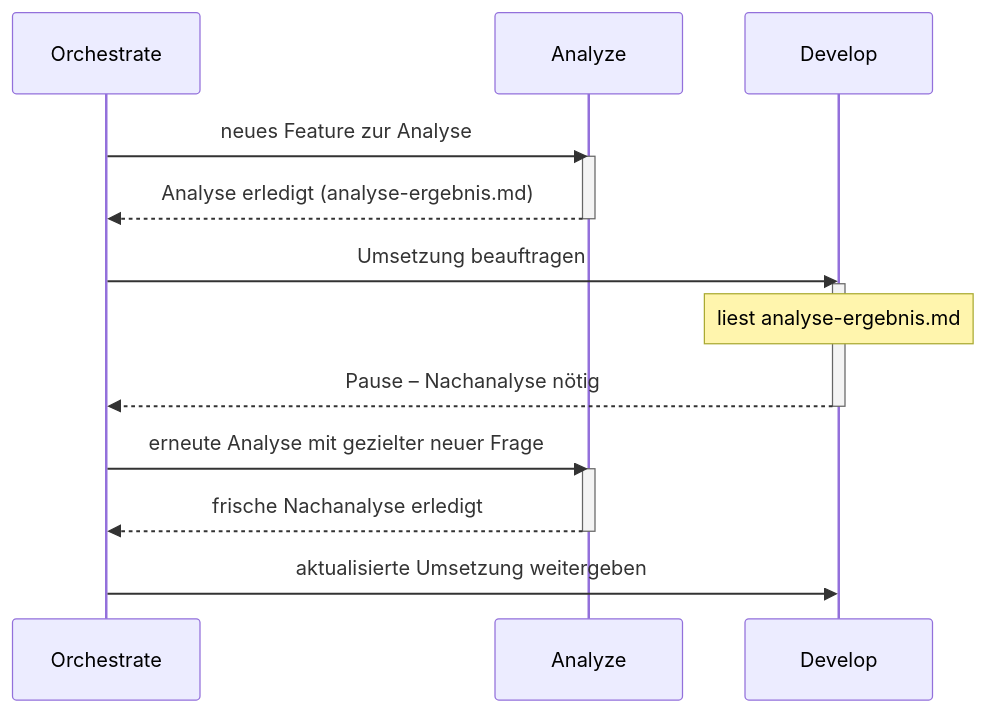
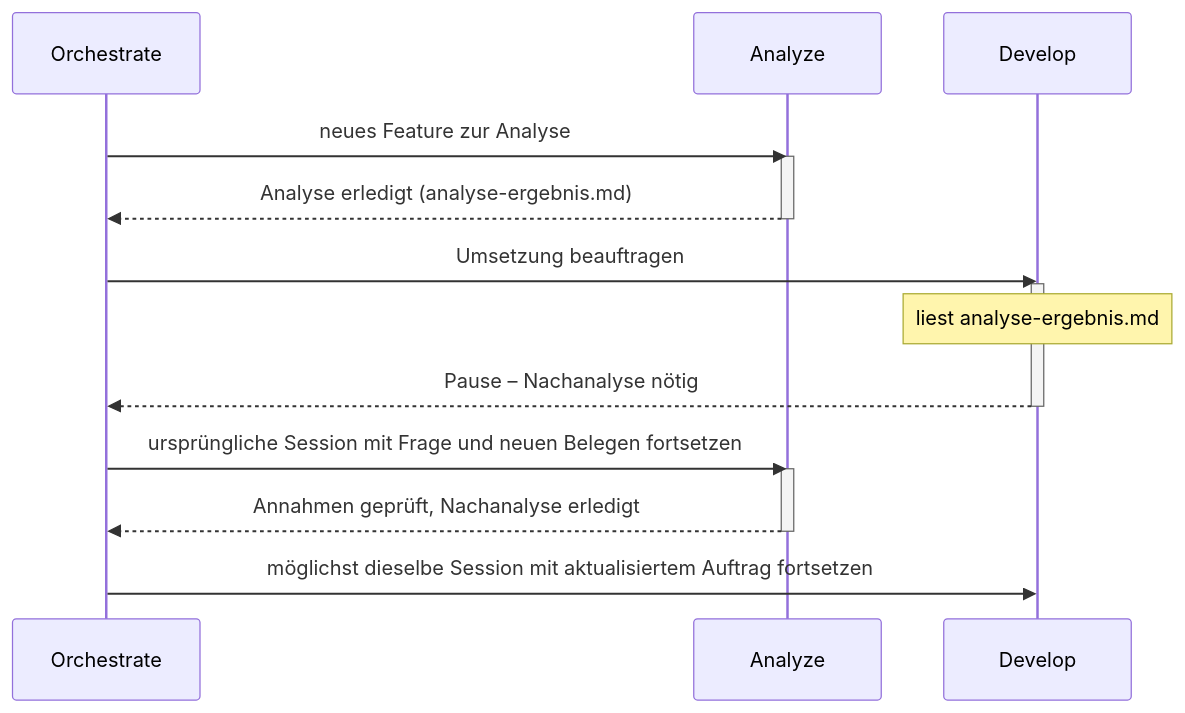
The diagram in README.md (DevelopingMedo/atlas), drawn with Mermaid before and after one commit. The commit also changed other lines of this file and 11 other files, not shown here.

````diff
--- a/README.md
+++ b/README.md
@@ -36,24 +38,24 @@
 ```mermaid
 sequenceDiagram
     participant O as Orchestrate
     participant A as Analyze
     participant D as Develop
 
     O->>A: neues Feature zur Analyse
     activate A
     A-->>O: Analyse erledigt (analyse-ergebnis.md)
     deactivate A
 
     O->>D: Umsetzung beauftragen
     activate D
     Note over D: liest analyse-ergebnis.md
     D-->>O: Pause – Nachanalyse nötig
     deactivate D
 
-    O->>A: erneute Analyse mit gezielter neuer Frage
+    O->>A: ursprüngliche Session mit Frage und neuen Belegen fortsetzen
     activate A
-    A-->>O: frische Nachanalyse erledigt
+    A-->>O: Annahmen geprüft, Nachanalyse erledigt
     deactivate A
 
-    O->>D: aktualisierte Umsetzung weitergeben
+    O->>D: möglichst dieselbe Session mit aktualisiertem Auftrag fortsetzen
 ```
````
